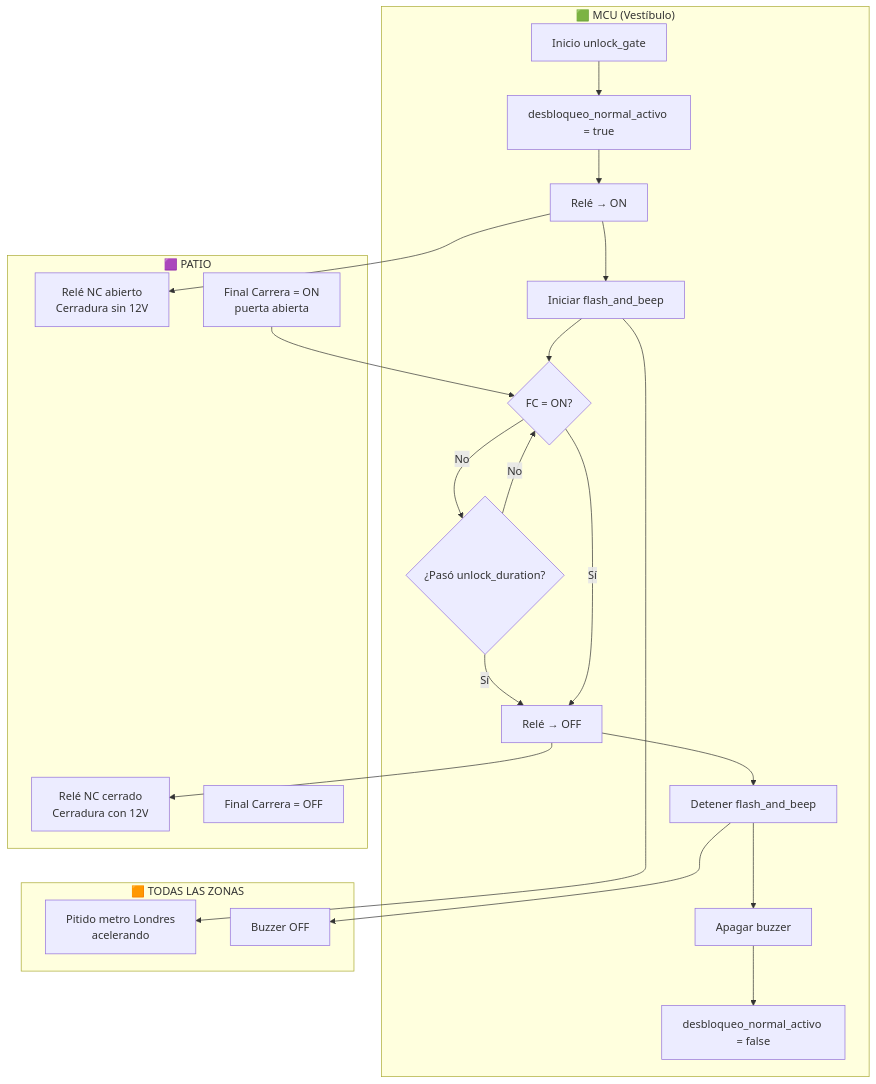
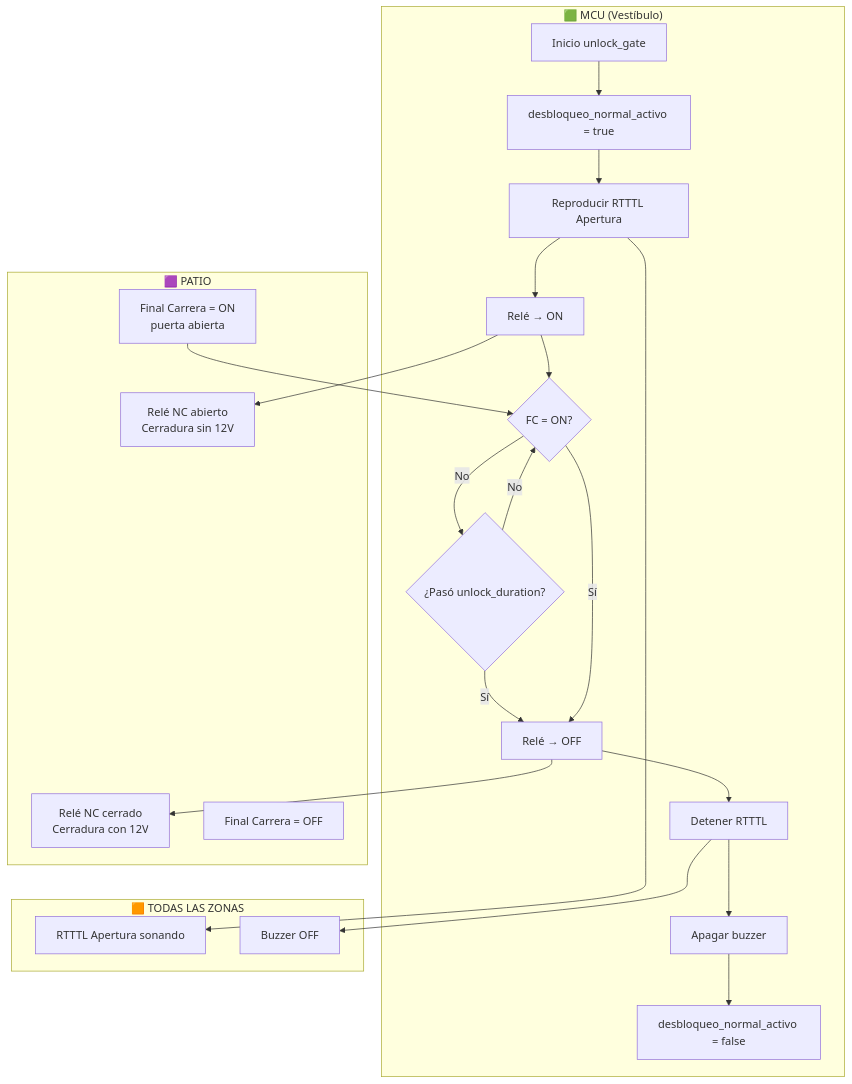
One commit to abelbour/Abrepuertas changed the ninth of 10 diagrams in SYSTEM_DEFINITION.md. Above: the diagram before and after it, drawn with Mermaid. The commit also changed other lines of this file and 2 other files, not shown here.

First line of the commit message:
feat: nuevas melodias RTTTL, apertura/emergencia RTTTL, bucle emergencia 60s

````diff
--- a/SYSTEM_DEFINITION.md
+++ b/SYSTEM_DEFINITION.md
@@ -559,35 +555,35 @@
 ```mermaid
 flowchart TD
     subgraph MCU["🟩 MCU (Vestíbulo)"]
         START[Inicio unlock_gate]
         START --> FLAG[desbloqueo_normal_activo = true]
-        FLAG --> RELAY_ON[Relé → ON]
-        RELAY_ON --> FB[Iniciar flash_and_beep]
-        FB --> LOOP{FC = ON?}
+        FLAG --> RTTTL[Reproducir RTTTL Apertura]
+        RTTTL --> RELAY_ON[Relé → ON]
+        RELAY_ON --> LOOP{FC = ON?}
         LOOP -- No --> TIMEOUT{"¿Pasó unlock_duration?"}
         TIMEOUT -- No --> LOOP
         TIMEOUT -- Sí --> RELAY_OFF[Relé → OFF]
         LOOP -- Sí --> RELAY_OFF
-        RELAY_OFF --> STOP[Detener flash_and_beep]
+        RELAY_OFF --> STOP[Detener RTTTL]
         STOP --> BUZZ_OFF[Apagar buzzer]
         BUZZ_OFF --> UNFLAG[desbloqueo_normal_activo = false]
     end
 
     subgraph LOCK["🟪 PATIO"]
         RELE[Relé NC abierto<br/>Cerradura sin 12V]
         RELE2[Relé NC cerrado<br/>Cerradura con 12V]
         FC[Final Carrera = ON<br/>puerta abierta]
         FC_OFF[Final Carrera = OFF]
     end
 
     subgraph PAN["🟧 TODAS LAS ZONAS"]
-        BEEP[Pitido metro Londres<br/>acelerando]
+        BEEP[RTTTL Apertura sonando]
         SILENCIO[Buzzer OFF]
     end
 
     RELAY_ON --> RELE
     RELAY_OFF --> RELE2
     FC --> LOOP
-    FB --> BEEP
+    RTTTL --> BEEP
     STOP --> SILENCIO
 ```
````
